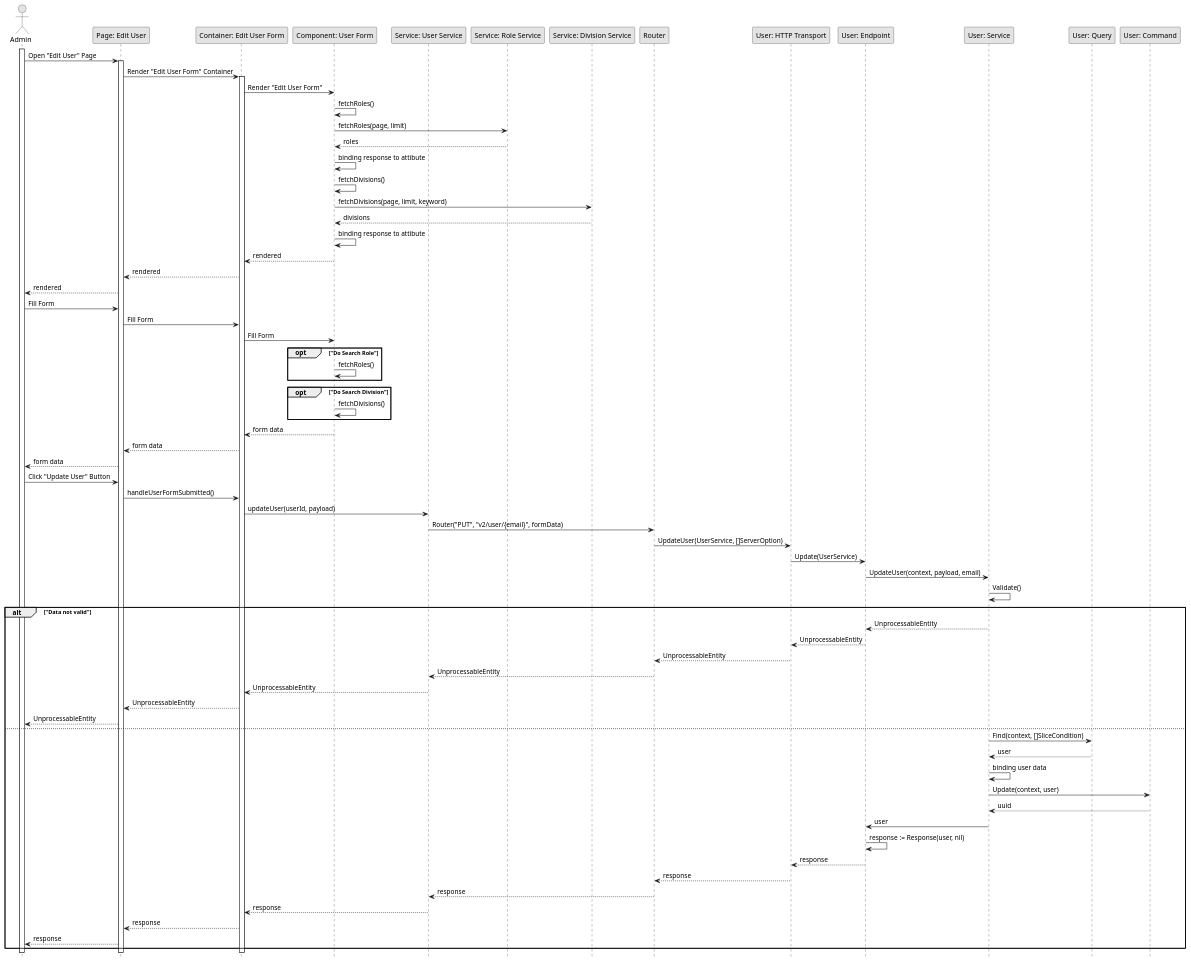
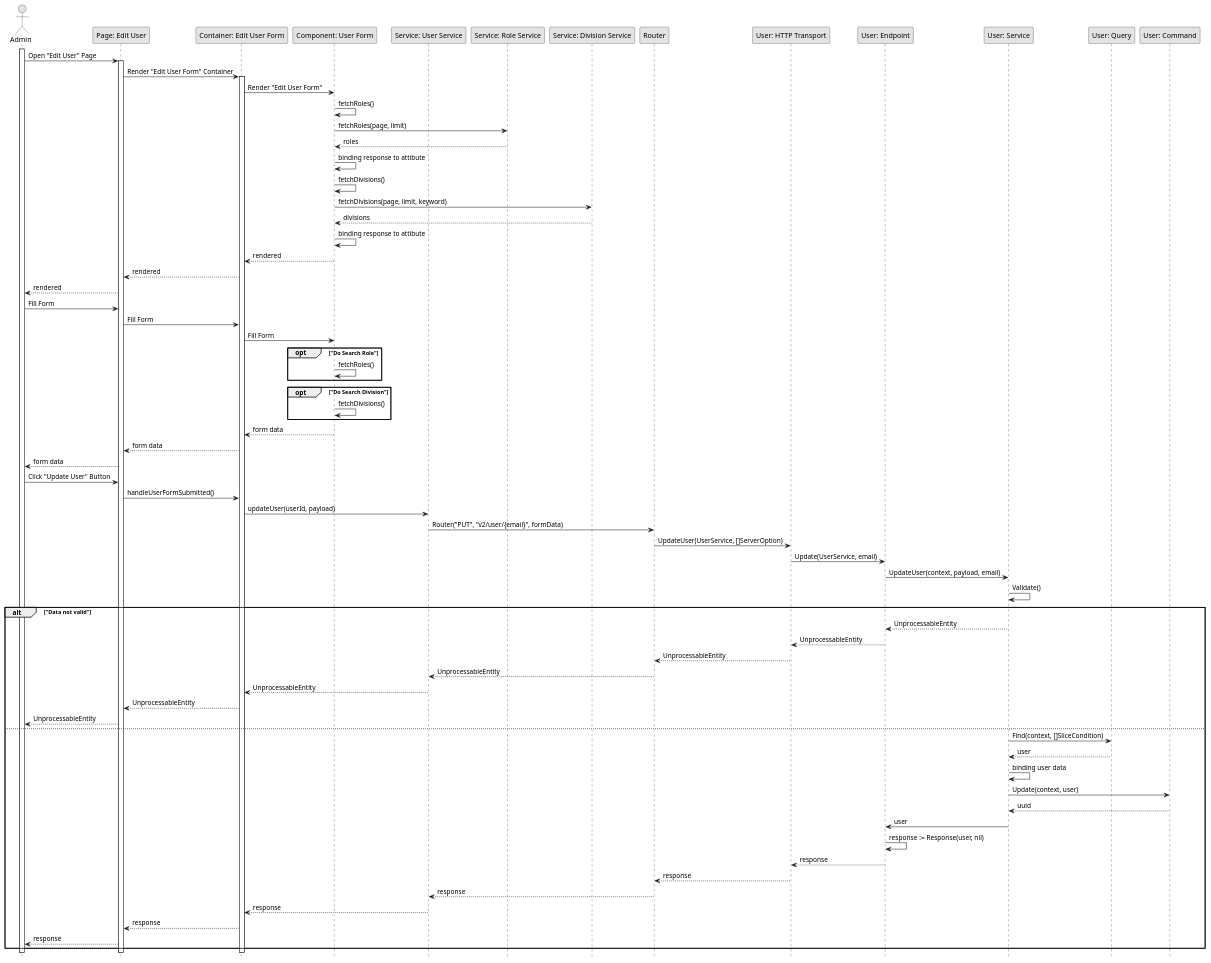
One commit to fwidjaya20/fazzlearning-uml changed the diagram in Sequence/Release01/UpdateUser.wsd. Above: the diagram before and after it, drawn with PlantUML. The commit also changed 7 other files, not shown here.

Commit message:
fix(diagram): fix invalid function name

```diff
--- a/Sequence/Release01/UpdateUser.wsd
+++ b/Sequence/Release01/UpdateUser.wsd
@@ -1,102 +1,102 @@
 @startuml UpdateUser
 
 skinparam Monochrome true
 skinparam Shadowing false
 hide footbox
 
 actor Admin
 participant "Page: Edit User" as EditUserPage
 participant "Container: Edit User Form" as EditUserFormContainer
 participant "Component: User Form" as UserFormComponent
 participant "Service: User Service" as FEUserService
 participant "Service: Role Service" as FERoleService
 participant "Service: Division Service" as FEDivisionService
 participant "Router" as Router
 participant "User: HTTP Transport" as UserHTTPTransport
 participant "User: Endpoint" as UserEndpoint
 participant "User: Service" as UserService
 participant "User: Query" as UserQuery
 participant "User: Command" as UserCommand
 
 activate Admin
 
 ' Load Data
 Admin->EditUserPage: Open "Edit User" Page
 activate EditUserPage
 EditUserPage->EditUserFormContainer: Render "Edit User Form" Container
 activate EditUserFormContainer
 EditUserFormContainer->UserFormComponent: Render "Edit User Form"
 
 ' Fetch Roles
 UserFormComponent->UserFormComponent: fetchRoles()
 UserFormComponent->FERoleService: fetchRoles(page, limit)
 FERoleService-->UserFormComponent: roles
 UserFormComponent->UserFormComponent: binding response to attibute
 ' End Fetch Roles
 
 ' Fetch Division
 UserFormComponent->UserFormComponent: fetchDivisions()
 UserFormComponent->FEDivisionService: fetchDivisions(page, limit, keyword)
 FEDivisionService-->UserFormComponent: divisions
 UserFormComponent->UserFormComponent: binding response to attibute
 ' End Fetch Division
 
 UserFormComponent-->EditUserFormContainer: rendered
 EditUserFormContainer-->EditUserPage: rendered
 EditUserPage-->Admin: rendered
 ' End Load Data
 
 ' Fill Data
 Admin->EditUserPage: Fill Form
 EditUserPage->EditUserFormContainer: Fill Form
 EditUserFormContainer->UserFormComponent: Fill Form
 
 opt "Do Search Role"
     UserFormComponent->UserFormComponent: fetchRoles()
 end
 
 opt "Do Search Division"
     UserFormComponent->UserFormComponent: fetchDivisions()
 end
 
 UserFormComponent-->EditUserFormContainer: form data
 EditUserFormContainer-->EditUserPage: form data
 EditUserPage-->Admin: form data
 ' End Fill Data
 
 Admin->EditUserPage: Click "Update User" Button
 EditUserPage->EditUserFormContainer: handleUserFormSubmitted()
 EditUserFormContainer->FEUserService: updateUser(userId, payload)
 FEUserService->Router: Router("PUT", "v2/user/{email}", formData)
 Router->UserHTTPTransport: UpdateUser(UserService, []ServerOption)
-UserHTTPTransport->UserEndpoint: Update(UserService)
+UserHTTPTransport->UserEndpoint: Update(UserService, email)
 UserEndpoint->UserService: UpdateUser(context, payload, email)
 UserService->UserService: Validate()
 
 alt "Data not valid"
     UserService-->UserEndpoint: UnprocessableEntity
     UserEndpoint-->UserHTTPTransport: UnprocessableEntity
     UserHTTPTransport-->Router: UnprocessableEntity
     Router-->FEUserService: UnprocessableEntity
     FEUserService-->EditUserFormContainer: UnprocessableEntity
     EditUserFormContainer-->EditUserPage: UnprocessableEntity
     EditUserPage-->Admin: UnprocessableEntity
 else
     UserService->UserQuery: Find(context, []SliceCondition)
     UserQuery-->UserService: user
 
     UserService->UserService: binding user data
 
     UserService->UserCommand: Update(context, user)
     UserCommand-->UserService: uuid
     UserService->UserEndpoint: user
     UserEndpoint->UserEndpoint:  response := Response(user, nil)
     UserEndpoint-->UserHTTPTransport: response
     UserHTTPTransport-->Router: response
     Router-->FEUserService: response
     FEUserService-->EditUserFormContainer: response
     EditUserFormContainer-->EditUserPage: response
     EditUserPage-->Admin: response
 end
 
 @enduml
```
